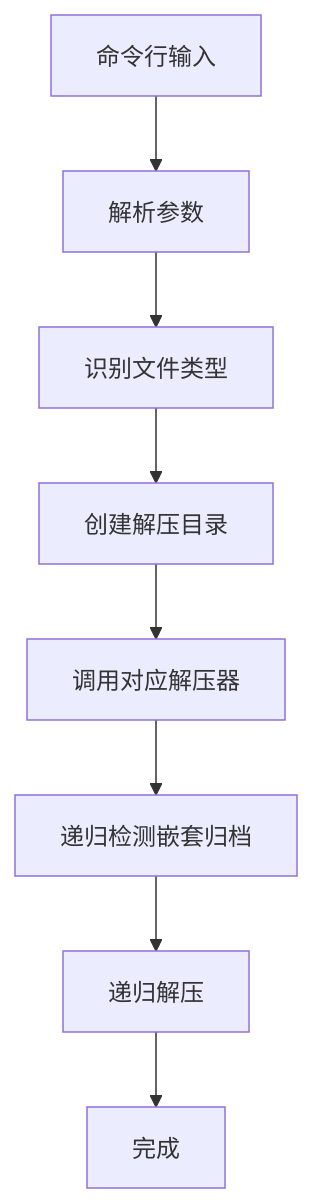
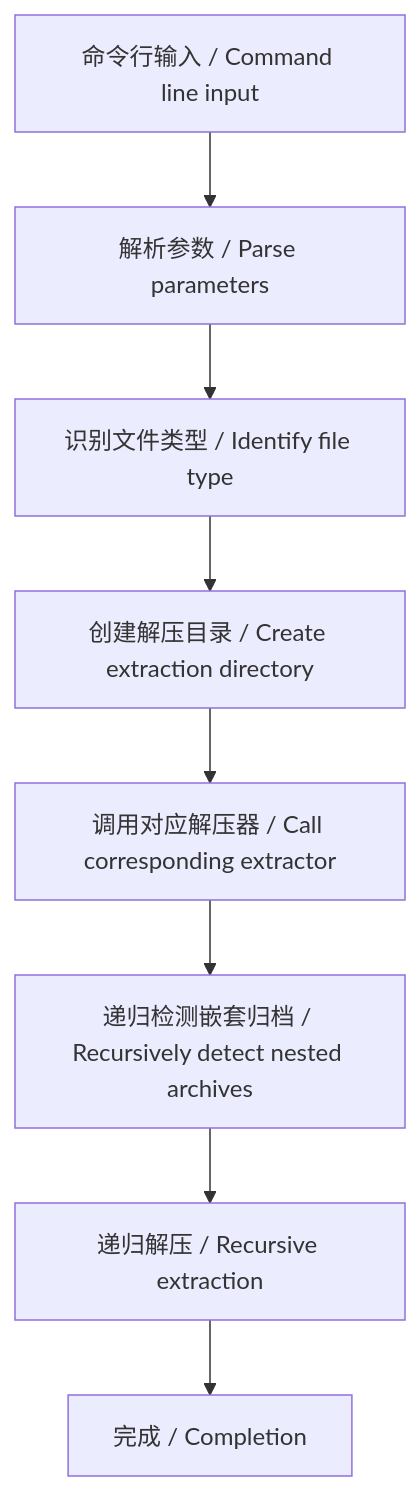
The diagram in README.md (Geekstrange/Unbox), drawn with Mermaid before and after one commit. The commit also changed other lines of this file, not shown here.

````diff
--- a/README.md
+++ b/README.md
@@ -99,10 +117,10 @@
 ```mermaid
 graph TD
-    A[命令行输入] --> B[解析参数]
-    B --> C[识别文件类型]
-    C --> D[创建解压目录]
-    D --> E[调用对应解压器]
-    E --> F[递归检测嵌套归档]
-    F --> G[递归解压]
-    G --> H[完成]
+    A[命令行输入 / Command line input] --> B[解析参数 / Parse parameters]
+    B --> C[识别文件类型 / Identify file type]
+    C --> D[创建解压目录 / Create extraction directory]
+    D --> E[调用对应解压器 / Call corresponding extractor]
+    E --> F[递归检测嵌套归档 / Recursively detect nested archives]
+    F --> G[递归解压 / Recursive extraction]
+    G --> H[完成 / Completion]
 ```
````
